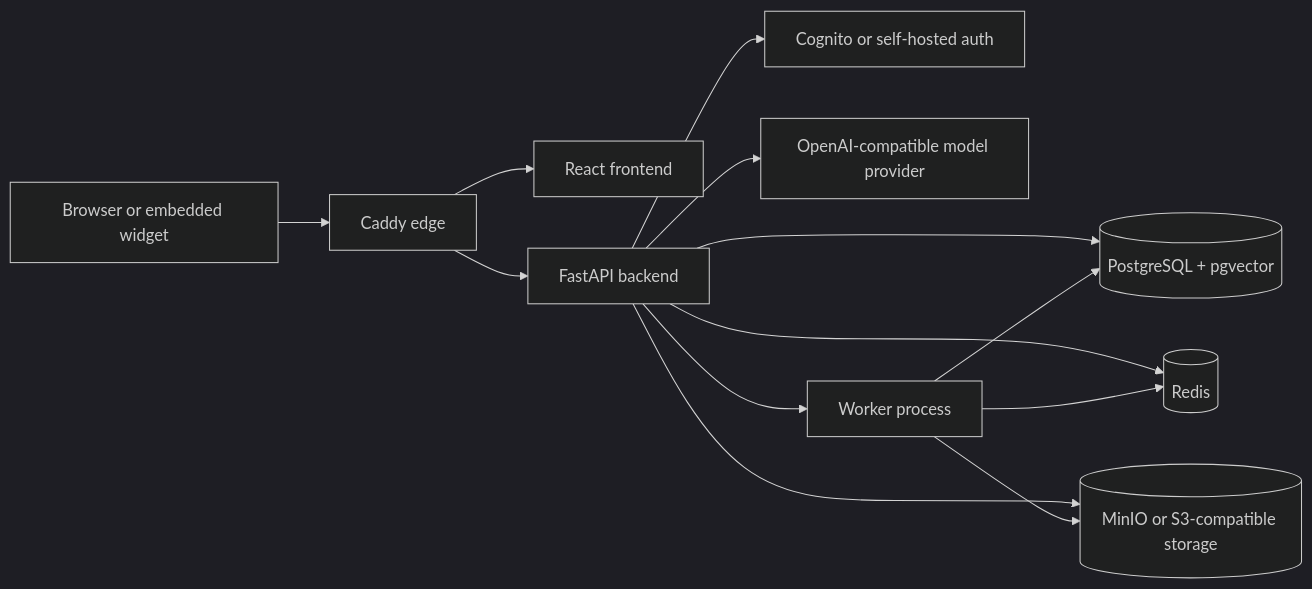
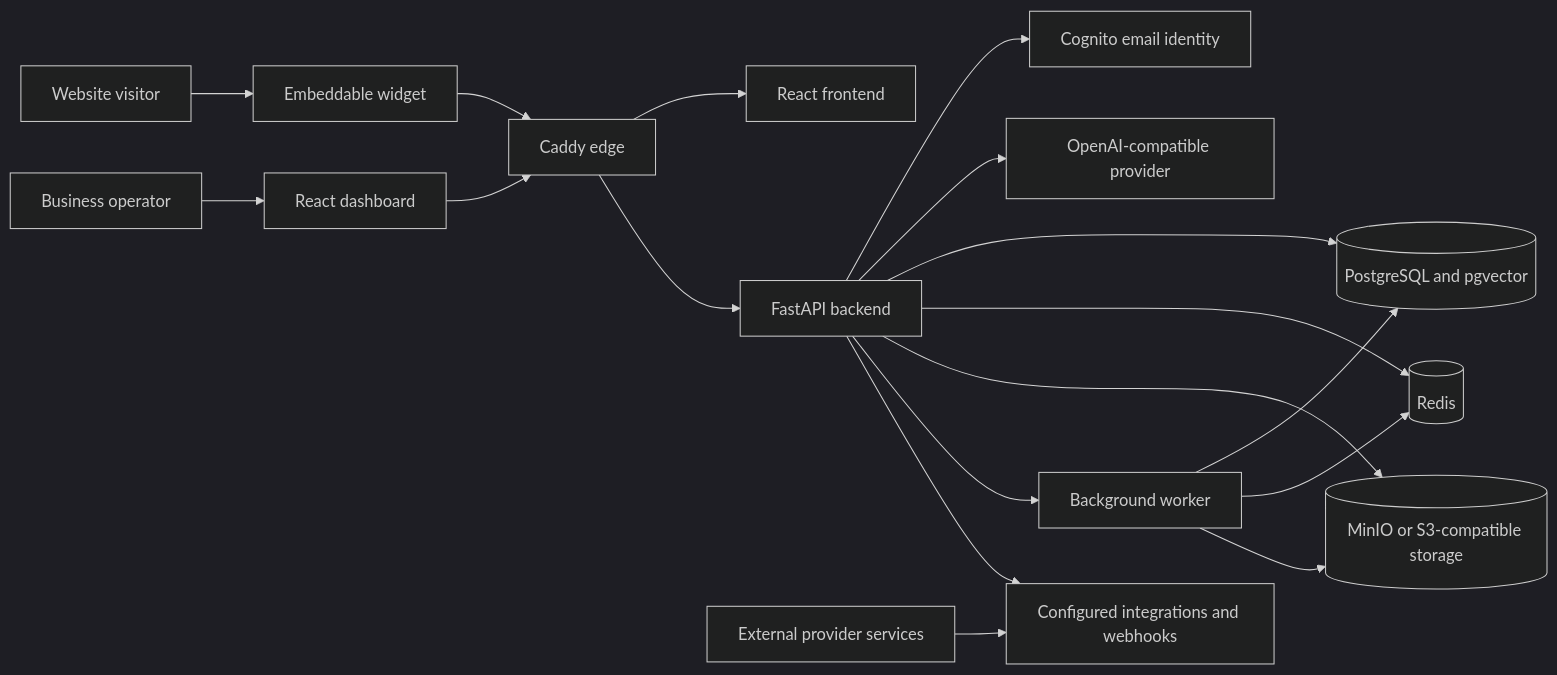
The second of 2 diagrams in README.md (varunjakkampudi-tech/OraOne), drawn with Mermaid (dark theme) before and after one commit. The commit also changed other lines of this file and 34 other files, not shown here.

````diff
--- a/README.md
+++ b/README.md
@@ -24,15 +80,20 @@
 ```mermaid
 flowchart LR
-    Browser[Browser or embedded widget] --> Edge[Caddy edge]
-    Edge --> UI[React frontend]
-    Edge --> API[FastAPI backend]
-    API --> DB[(PostgreSQL + pgvector)]
-    API --> Cache[(Redis)]
-    API --> Objects[(MinIO or S3-compatible storage)]
-    API --> Identity[Cognito or self-hosted auth]
-    API --> Model[OpenAI-compatible model provider]
-    API --> Worker[Worker process]
-    Worker --> DB
-    Worker --> Cache
-    Worker --> Objects
+  Visitor[Website visitor] --> Widget[Embeddable widget]
+  Operator[Business operator] --> Browser[React dashboard]
+  Widget --> Edge[Caddy edge]
+  Browser --> Edge
+  Edge --> Frontend[React frontend]
+  Edge --> API[FastAPI backend]
+  API --> Cognito[Cognito email identity]
+  API --> Router[OpenAI-compatible provider]
+  API --> DB[(PostgreSQL and pgvector)]
+  API --> Redis[(Redis)]
+  API --> Minio[(MinIO or S3-compatible storage)]
+  API --> Worker[Background worker]
+  Worker --> DB
+  Worker --> Redis
+  Worker --> Minio
+  API --> Integrations[Configured integrations and webhooks]
+  External[External provider services] --> Integrations
 ```
````
